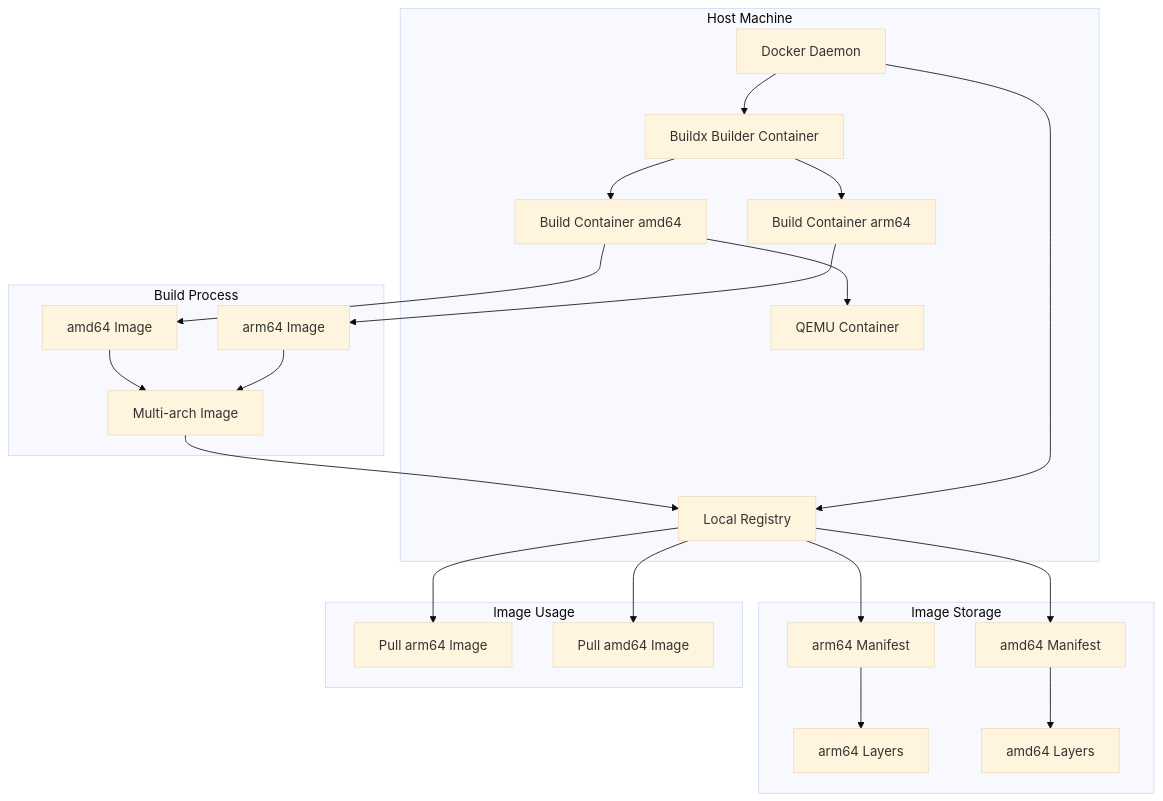
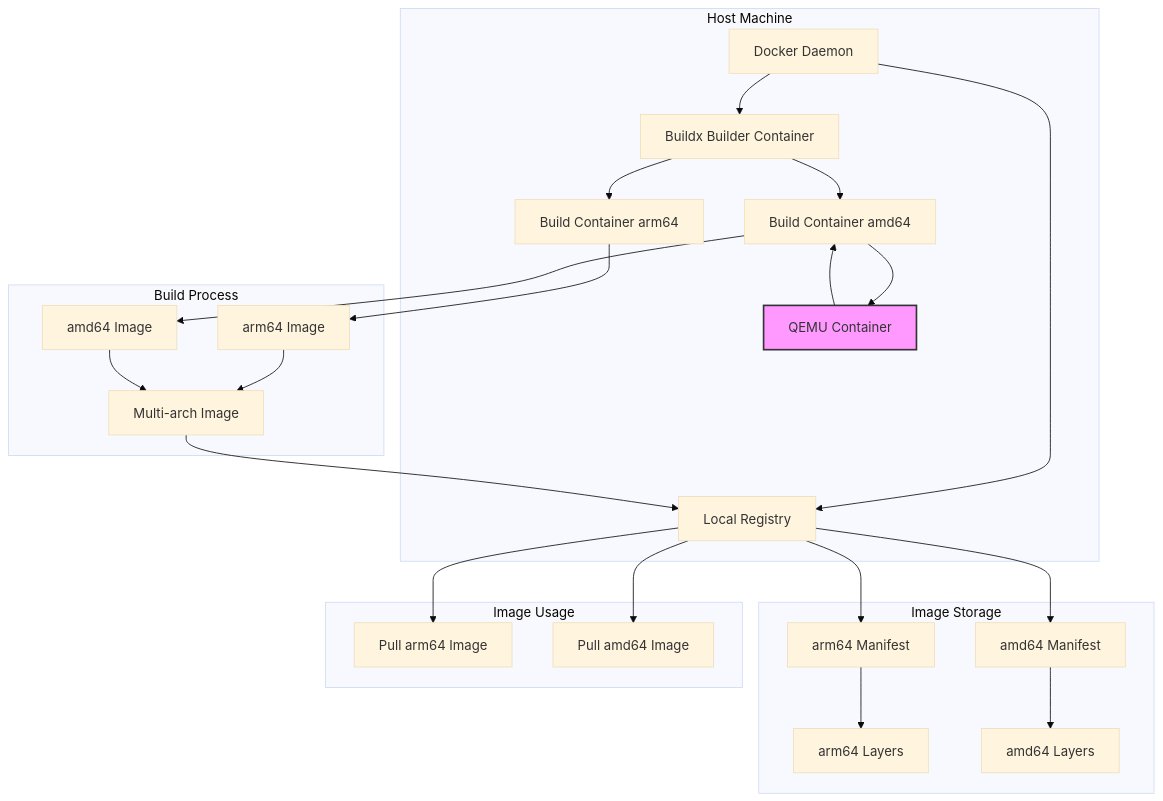
The first of 4 diagrams in docker-buildx-example/README.md (liweinan/k8s-example), drawn with Mermaid (base theme) before and after one commit. The commit also changed other lines of this file, not shown here.

Commit message:
docs: clarify QEMU and build container roles in cross-architecture builds

````diff
--- a/docker-buildx-example/README.md
+++ b/docker-buildx-example/README.md
@@ -16,30 +16,33 @@
 ```mermaid
 graph TD
     subgraph Host Machine
         A[Docker Daemon] --> B[Local Registry]
         A --> C[Buildx Builder Container]
         C --> D[Build Container arm64]
         C --> E[Build Container amd64]
         E --> F[QEMU Container]
+        F --> E
     end
     
     subgraph Build Process
         D --> G[arm64 Image]
         E --> H[amd64 Image]
         G --> I[Multi-arch Image]
         H --> I
     end
     
     subgraph Image Storage
         I --> B
         B --> J[arm64 Manifest]
         B --> K[amd64 Manifest]
         J --> L[arm64 Layers]
         K --> M[amd64 Layers]
     end
     
     subgraph Image Usage
         B --> N[Pull arm64 Image]
         B --> O[Pull amd64 Image]
     end
+
+    style F fill:#f9f,stroke:#333,stroke-width:2px
 ```
````
